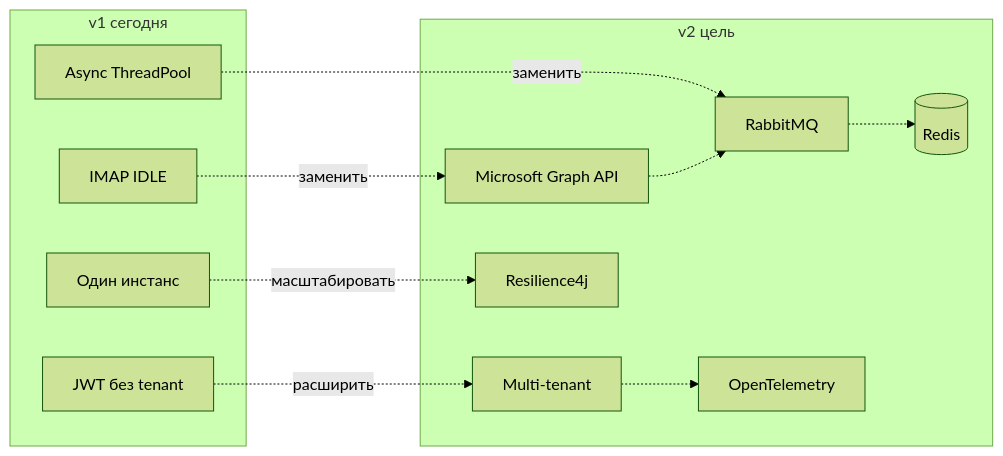
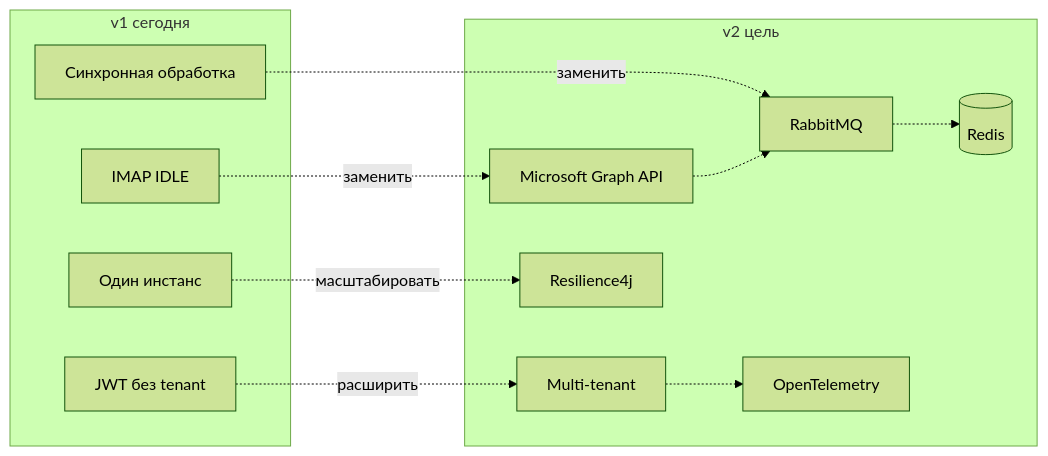
Before and after one commit to olegskel7-wq/smart-freight-inbox: the tenth of 16 diagrams in docs/MERMAID_DIAGRAMS.md, drawn with Mermaid (forest theme). The commit also changed other lines of this file and 29 other files, not shown here.

````diff
--- a/docs/MERMAID_DIAGRAMS.md
+++ b/docs/MERMAID_DIAGRAMS.md
@@ -285,25 +295,25 @@
 ```mermaid
 flowchart LR
   subgraph V1 ["v1 сегодня"]
     IMAP[IMAP IDLE]
-    ASYNC[Async ThreadPool]
+    SYNC[Синхронная обработка]
     SINGL[Один инстанс]
     SJWT[JWT без tenant]
   end
   subgraph V2 ["v2 цель"]
     GRAPH[Microsoft Graph API]
     RMQ[RabbitMQ]
     REDIS[(Redis)]
     MT[Multi-tenant]
     R4J[Resilience4j]
     OT[OpenTelemetry]
   end
 
   IMAP -.->|заменить| GRAPH
-  ASYNC -.->|заменить| RMQ
+  SYNC -.->|заменить| RMQ
   RMQ -.-> REDIS
   GRAPH -.-> RMQ
   SINGL -.->|масштабировать| R4J
   SJWT -.->|расширить| MT
   MT -.-> OT
 ```
````
